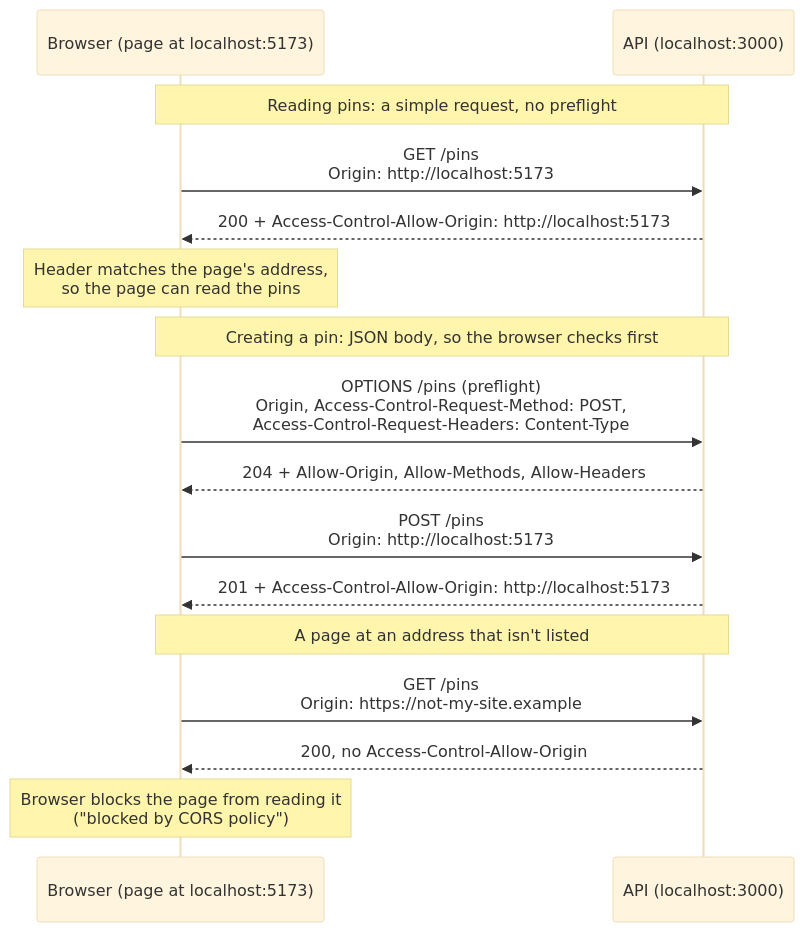
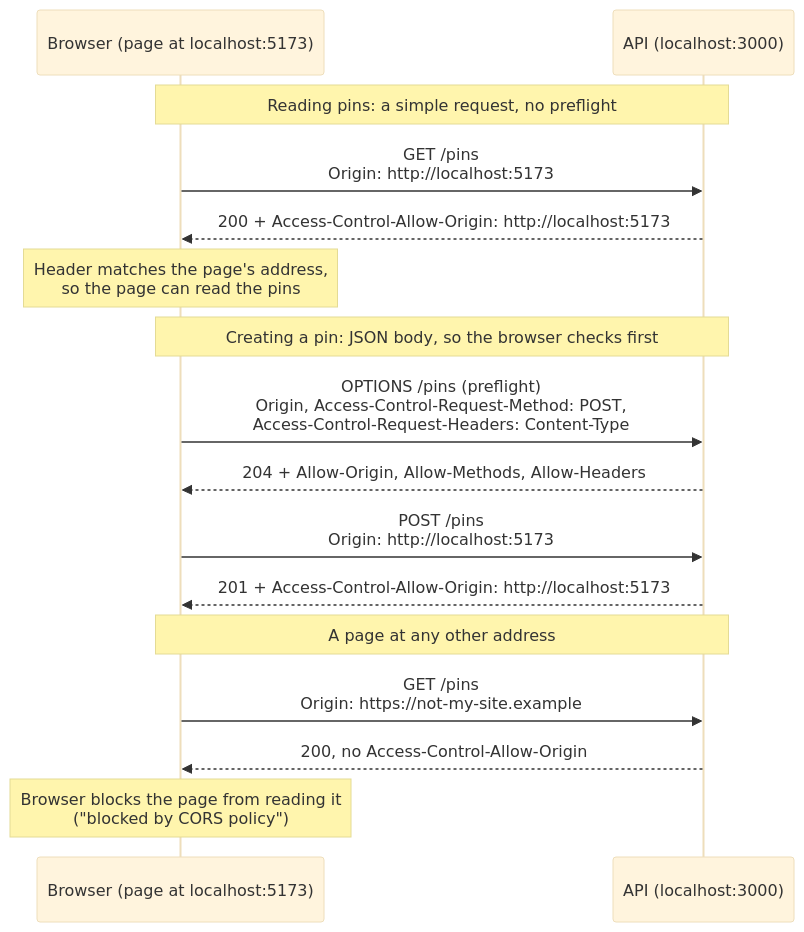
Before and after one commit to rachelwong/mister_rogers: the diagram in docs/plans/phase-2-step-4-map-data-endpoint.md, drawn with Mermaid (base theme). The commit also changed other lines of this file and 1 other file, not shown here.

````diff
--- a/docs/plans/phase-2-step-4-map-data-endpoint.md
+++ b/docs/plans/phase-2-step-4-map-data-endpoint.md
@@ -71,18 +75,18 @@
 ```mermaid
 sequenceDiagram
   participant B as Browser (page at localhost:5173)
   participant A as API (localhost:3000)
   Note over B,A: Reading pins: a simple request, no preflight
   B->>A: GET /pins<br/>Origin: http://localhost:5173
   A-->>B: 200 + Access-Control-Allow-Origin: http://localhost:5173
   Note over B: Header matches the page's address,<br/>so the page can read the pins
   Note over B,A: Creating a pin: JSON body, so the browser checks first
   B->>A: OPTIONS /pins (preflight)<br/>Origin, Access-Control-Request-Method: POST,<br/>Access-Control-Request-Headers: Content-Type
   A-->>B: 204 + Allow-Origin, Allow-Methods, Allow-Headers
   B->>A: POST /pins<br/>Origin: http://localhost:5173
   A-->>B: 201 + Access-Control-Allow-Origin: http://localhost:5173
-  Note over B,A: A page at an address that isn't listed
+  Note over B,A: A page at any other address
   B->>A: GET /pins<br/>Origin: https://not-my-site.example
   A-->>B: 200, no Access-Control-Allow-Origin
   Note over B: Browser blocks the page from reading it<br/>("blocked by CORS policy")
 ```
````
